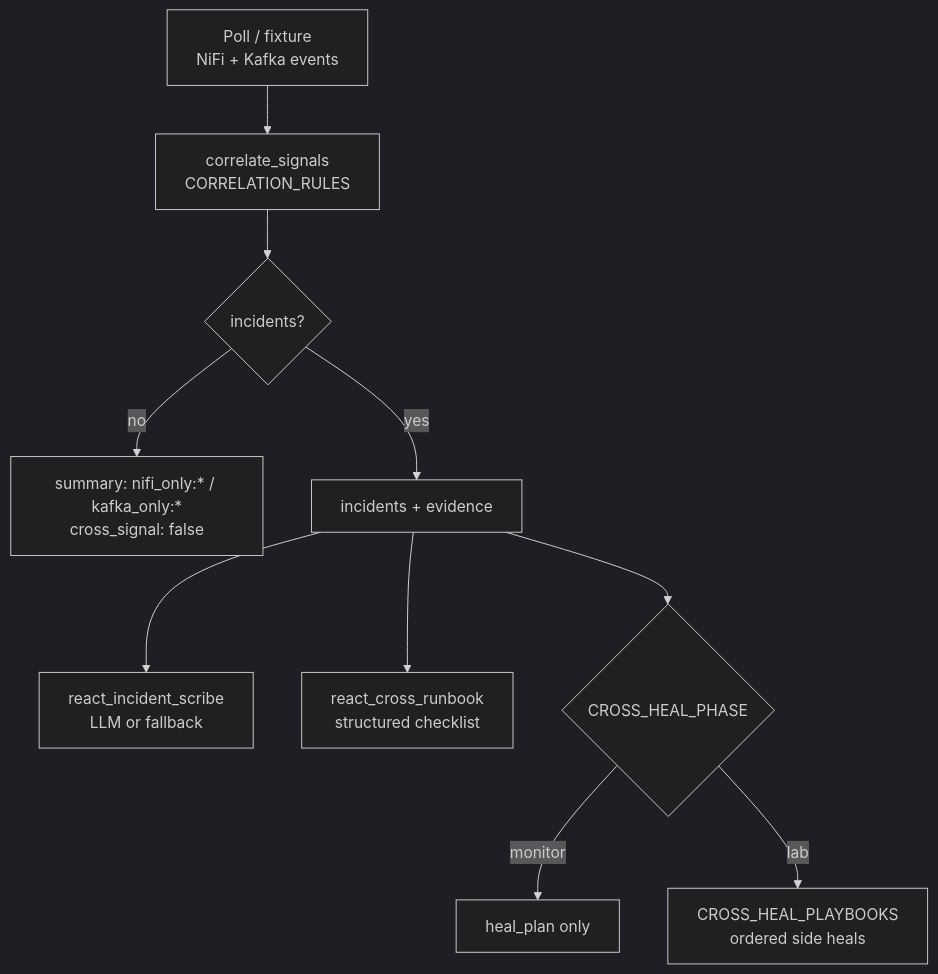
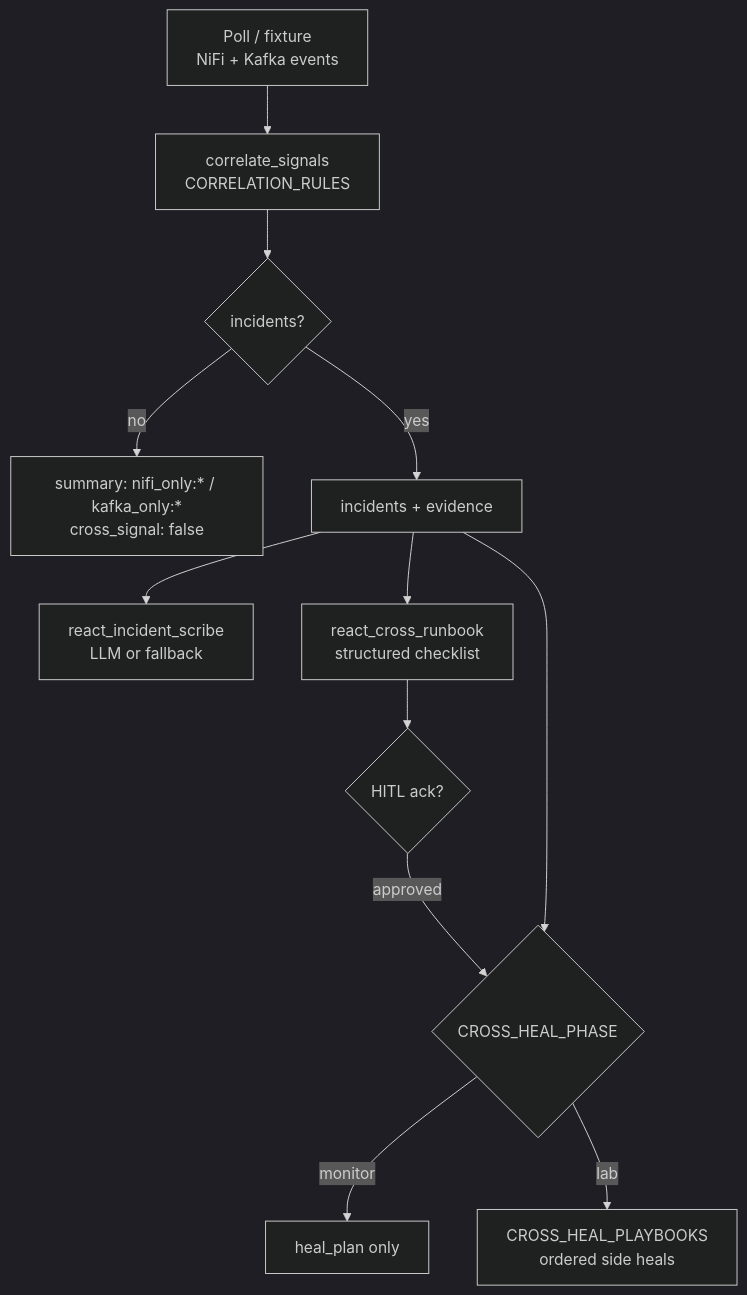
Before and after one commit to BrooksIan/FlinkDockerWithAgents: the second of 3 diagrams in docs/SIGNAL_CORRELATE.md, drawn with Mermaid (dark theme). The commit also changed other lines of this file and 10 other files, not shown here.

````diff
--- a/docs/SIGNAL_CORRELATE.md
+++ b/docs/SIGNAL_CORRELATE.md
@@ -21,12 +24,14 @@
 ```mermaid
 flowchart TB
   A["Poll / fixture\nNiFi + Kafka events"] --> B["correlate_signals\nCORRELATION_RULES"]
   B --> C{"incidents?"}
   C -->|no| D["summary: nifi_only:* / kafka_only:*\ncross_signal: false"]
   C -->|yes| E["incidents + evidence"]
   E --> F["react_incident_scribe\nLLM or fallback"]
   E --> R["react_cross_runbook\nstructured checklist"]
-  E --> G{"CROSS_HEAL_PHASE"}
+  R --> HITL{"HITL ack?"}
+  HITL -->|approved| G{"CROSS_HEAL_PHASE"}
+  E --> G
   G -->|monitor| H["heal_plan only"]
   G -->|lab| I["CROSS_HEAL_PLAYBOOKS\nordered side heals"]
 ```
````
